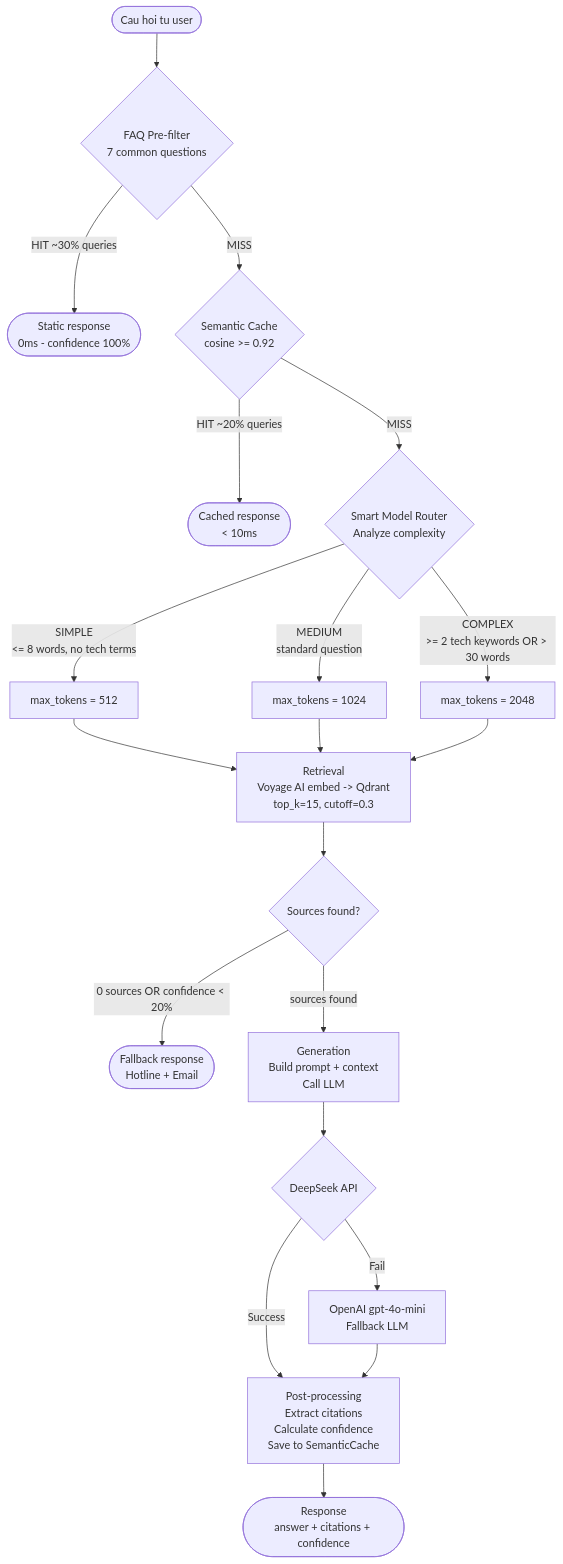
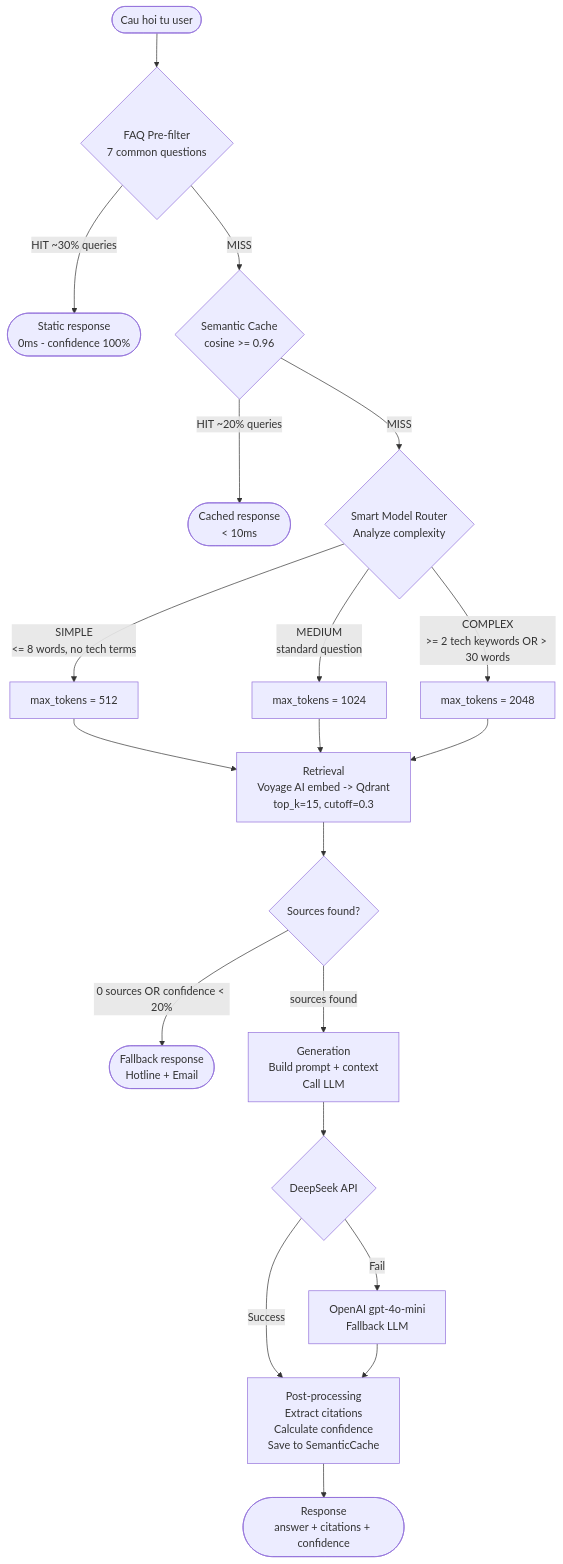
One commit to truongvinhkhuong/tdh-tte changed the third of 15 diagrams in docs/ai-engine/chatbot-diagrams.md. Above: the diagram before and after it, drawn with Mermaid. The commit also changed other lines of this file and 23 other files, not shown here.

````diff
--- a/docs/ai-engine/chatbot-diagrams.md
+++ b/docs/ai-engine/chatbot-diagrams.md
@@ -169,38 +169,38 @@
 ```mermaid
 flowchart TD
     Q([Cau hoi tu user]) --> FAQ
 
     FAQ{FAQ Pre-filter\n7 common questions}
     FAQ -- "HIT ~30% queries" --> FAQ_R([Static response\n0ms - confidence 100%])
     FAQ -- "MISS" --> SC
 
-    SC{Semantic Cache\ncosine >= 0.92}
+    SC{Semantic Cache\ncosine >= 0.96}
     SC -- "HIT ~20% queries" --> SC_R([Cached response\n< 10ms])
     SC -- "MISS" --> MR
 
     MR{Smart Model Router\nAnalyze complexity}
     MR -- "SIMPLE\n<= 8 words, no tech terms" --> MR_S[max_tokens = 512]
     MR -- "MEDIUM\nstandard question" --> MR_M[max_tokens = 1024]
     MR -- "COMPLEX\n>= 2 tech keywords OR > 30 words" --> MR_C[max_tokens = 2048]
     MR_S & MR_M & MR_C --> RET
 
     RET[Retrieval\nVoyage AI embed -> Qdrant\ntop_k=15, cutoff=0.3]
     RET --> CONF
 
     CONF{Sources found?}
     CONF -- "0 sources OR confidence < 20%" --> FB([Fallback response\nHotline + Email])
     CONF -- "sources found" --> GEN
 
     GEN[Generation\nBuild prompt + context\nCall LLM]
     GEN --> LLM
 
     LLM{DeepSeek API}
     LLM -- "Success" --> POST
     LLM -- "Fail" --> OAI
 
     OAI[OpenAI gpt-4o-mini\nFallback LLM]
     OAI --> POST
 
     POST[Post-processing\nExtract citations\nCalculate confidence\nSave to SemanticCache]
     POST --> RES([Response\nanswer + citations + confidence])
 ```
````
